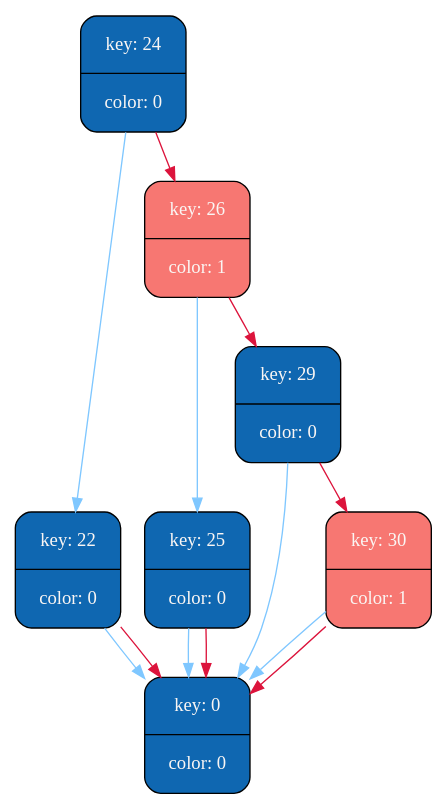
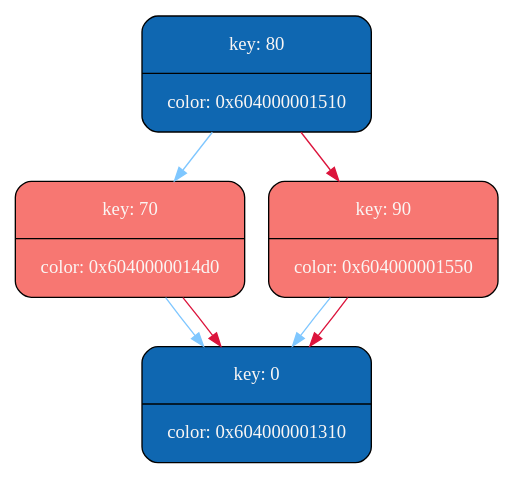
Before and after one commit to MaxGroshev/graph_algorithm: the diagram in rb_tree/graph_lib/tree_dump.dot, drawn with Graphviz. The commit also changed 7 other files, not shown here.

```diff
--- a/rb_tree/graph_lib/tree_dump.dot
+++ b/rb_tree/graph_lib/tree_dump.dot
@@ -1,31 +1,19 @@
 digraph   
 {
 rankdir = ""
 splines = "true"
 
-node0x604000001190 [shape      = "Mrecord", width = 1.1, height = 1.21,  fillcolor   = "#0F67B1", style = "filled", fontcolor= " #FAF6F4", fontname = "Calibri", color = "0", label = "{key: 24| color: 0}"]
-node0x604000001190 -> node0x604000001150 [color = "#7FC7FF", style = "", constraint = true, fillcolor = "#7FC7FF",   fontcolor = "", fontname = "Calibri", label = ""];
-node0x604000001150 [shape      = "Mrecord", width = 1.1, height = 1.21,  fillcolor   = "#0F67B1", style = "filled", fontcolor= " #FAF6F4", fontname = "Calibri", color = "0", label = "{key: 22| color: 0}"]
-node0x604000001150 -> node0x604000000e10 [color = "#7FC7FF", style = "", constraint = true, fillcolor = "#7FC7FF",   fontcolor = "", fontname = "Calibri", label = ""];
-node0x604000000e10 [shape      = "Mrecord", width = 1.1, height = 1.21,  fillcolor   = "#0F67B1", style = "filled", fontcolor= " #FAF6F4", fontname = "Calibri", color = "0", label = "{key: 0| color: 0}"]
-node0x604000001150 -> node0x604000000e10 [color = "#DC143C", style = "", constraint = true, fillcolor = "#DC143C",   fontcolor = "", fontname = "Calibri", label = ""];
-node0x604000000e10 [shape      = "Mrecord", width = 1.1, height = 1.21,  fillcolor   = "#0F67B1", style = "filled", fontcolor= " #FAF6F4", fontname = "Calibri", color = "0", label = "{key: 0| color: 0}"]
-node0x604000001190 -> node0x604000001210 [color = "#DC143C", style = "", constraint = true, fillcolor = "#DC143C",   fontcolor = "", fontname = "Calibri", label = ""];
-node0x604000001210 [shape      = "Mrecord", width = 1.1, height = 1.21,  fillcolor   = "#F77772", style = "filled", fontcolor= " #FAF6F4", fontname = "Calibri", color = "1", label = "{key: 26| color: 1}"]
-node0x604000001210 -> node0x6040000011d0 [color = "#7FC7FF", style = "", constraint = true, fillcolor = "#7FC7FF",   fontcolor = "", fontname = "Calibri", label = ""];
-node0x6040000011d0 [shape      = "Mrecord", width = 1.1, height = 1.21,  fillcolor   = "#0F67B1", style = "filled", fontcolor= " #FAF6F4", fontname = "Calibri", color = "0", label = "{key: 25| color: 0}"]
-node0x6040000011d0 -> node0x604000000e10 [color = "#7FC7FF", style = "", constraint = true, fillcolor = "#7FC7FF",   fontcolor = "", fontname = "Calibri", label = ""];
-node0x604000000e10 [shape      = "Mrecord", width = 1.1, height = 1.21,  fillcolor   = "#0F67B1", style = "filled", fontcolor= " #FAF6F4", fontname = "Calibri", color = "0", label = "{key: 0| color: 0}"]
-node0x6040000011d0 -> node0x604000000e10 [color = "#DC143C", style = "", constraint = true, fillcolor = "#DC143C",   fontcolor = "", fontname = "Calibri", label = ""];
-node0x604000000e10 [shape      = "Mrecord", width = 1.1, height = 1.21,  fillcolor   = "#0F67B1", style = "filled", fontcolor= " #FAF6F4", fontname = "Calibri", color = "0", label = "{key: 0| color: 0}"]
-node0x604000001210 -> node0x604000001250 [color = "#DC143C", style = "", constraint = true, fillcolor = "#DC143C",   fontcolor = "", fontname = "Calibri", label = ""];
-node0x604000001250 [shape      = "Mrecord", width = 1.1, height = 1.21,  fillcolor   = "#0F67B1", style = "filled", fontcolor= " #FAF6F4", fontname = "Calibri", color = "0", label = "{key: 29| color: 0}"]
-node0x604000001250 -> node0x604000000e10 [color = "#7FC7FF", style = "", constraint = true, fillcolor = "#7FC7FF",   fontcolor = "", fontname = "Calibri", label = ""];
-node0x604000000e10 [shape      = "Mrecord", width = 1.1, height = 1.21,  fillcolor   = "#0F67B1", style = "filled", fontcolor= " #FAF6F4", fontname = "Calibri", color = "0", label = "{key: 0| color: 0}"]
-node0x604000001250 -> node0x604000001290 [color = "#DC143C", style = "", constraint = true, fillcolor = "#DC143C",   fontcolor = "", fontname = "Calibri", label = ""];
-node0x604000001290 [shape      = "Mrecord", width = 1.1, height = 1.21,  fillcolor   = "#F77772", style = "filled", fontcolor= " #FAF6F4", fontname = "Calibri", color = "1", label = "{key: 30| color: 1}"]
-node0x604000001290 -> node0x604000000e10 [color = "#7FC7FF", style = "", constraint = true, fillcolor = "#7FC7FF",   fontcolor = "", fontname = "Calibri", label = ""];
-node0x604000000e10 [shape      = "Mrecord", width = 1.1, height = 1.21,  fillcolor   = "#0F67B1", style = "filled", fontcolor= " #FAF6F4", fontname = "Calibri", color = "0", label = "{key: 0| color: 0}"]
-node0x604000001290 -> node0x604000000e10 [color = "#DC143C", style = "", constraint = true, fillcolor = "#DC143C",   fontcolor = "", fontname = "Calibri", label = ""];
-node0x604000000e10 [shape      = "Mrecord", width = 1.1, height = 1.21,  fillcolor   = "#0F67B1", style = "filled", fontcolor= " #FAF6F4", fontname = "Calibri", color = "0", label = "{key: 0| color: 0}"]
+node0x604000001510 [shape      = "Mrecord", width = 1.1, height = 1.21,  fillcolor   = "#0F67B1", style = "filled", fontcolor= " #FAF6F4", fontname = "Calibri", color = "0", label = "{key: 80| color: 0x604000001510}"]
+node0x604000001510 -> node0x6040000014d0 [color = "#7FC7FF", style = "", constraint = true, fillcolor = "#7FC7FF",   fontcolor = "", fontname = "Calibri", label = ""];
+node0x6040000014d0 [shape      = "Mrecord", width = 1.1, height = 1.21,  fillcolor   = "#F77772", style = "filled", fontcolor= " #FAF6F4", fontname = "Calibri", color = "1", label = "{key: 70| color: 0x6040000014d0}"]
+node0x6040000014d0 -> node0x604000001310 [color = "#7FC7FF", style = "", constraint = true, fillcolor = "#7FC7FF",   fontcolor = "", fontname = "Calibri", label = ""];
+node0x604000001310 [shape      = "Mrecord", width = 1.1, height = 1.21,  fillcolor   = "#0F67B1", style = "filled", fontcolor= " #FAF6F4", fontname = "Calibri", color = "0", label = "{key: 0| color: 0x604000001310}"]
+node0x6040000014d0 -> node0x604000001310 [color = "#DC143C", style = "", constraint = true, fillcolor = "#DC143C",   fontcolor = "", fontname = "Calibri", label = ""];
+node0x604000001310 [shape      = "Mrecord", width = 1.1, height = 1.21,  fillcolor   = "#0F67B1", style = "filled", fontcolor= " #FAF6F4", fontname = "Calibri", color = "0", label = "{key: 0| color: 0x604000001310}"]
+node0x604000001510 -> node0x604000001550 [color = "#DC143C", style = "", constraint = true, fillcolor = "#DC143C",   fontcolor = "", fontname = "Calibri", label = ""];
+node0x604000001550 [shape      = "Mrecord", width = 1.1, height = 1.21,  fillcolor   = "#F77772", style = "filled", fontcolor= " #FAF6F4", fontname = "Calibri", color = "1", label = "{key: 90| color: 0x604000001550}"]
+node0x604000001550 -> node0x604000001310 [color = "#7FC7FF", style = "", constraint = true, fillcolor = "#7FC7FF",   fontcolor = "", fontname = "Calibri", label = ""];
+node0x604000001310 [shape      = "Mrecord", width = 1.1, height = 1.21,  fillcolor   = "#0F67B1", style = "filled", fontcolor= " #FAF6F4", fontname = "Calibri", color = "0", label = "{key: 0| color: 0x604000001310}"]
+node0x604000001550 -> node0x604000001310 [color = "#DC143C", style = "", constraint = true, fillcolor = "#DC143C",   fontcolor = "", fontname = "Calibri", label = ""];
+node0x604000001310 [shape      = "Mrecord", width = 1.1, height = 1.21,  fillcolor   = "#0F67B1", style = "filled", fontcolor= " #FAF6F4", fontname = "Calibri", color = "0", label = "{key: 0| color: 0x604000001310}"]
 }
```
